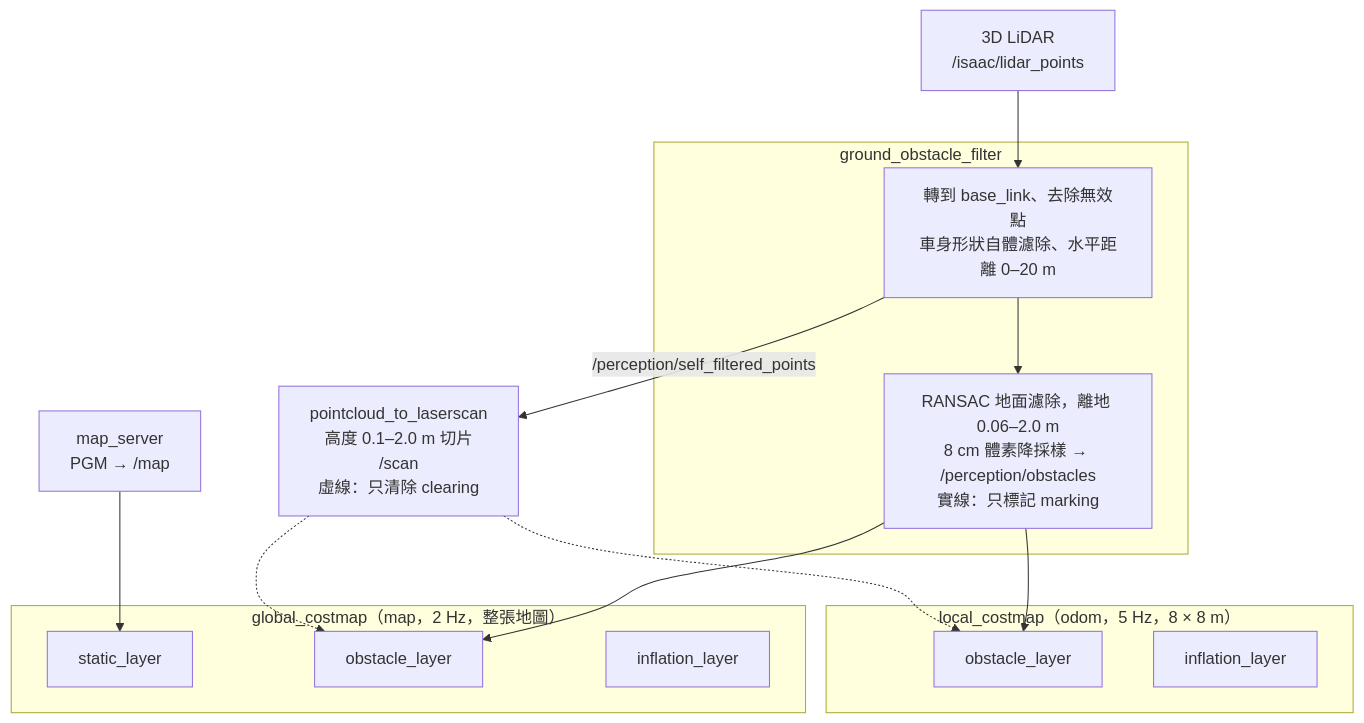
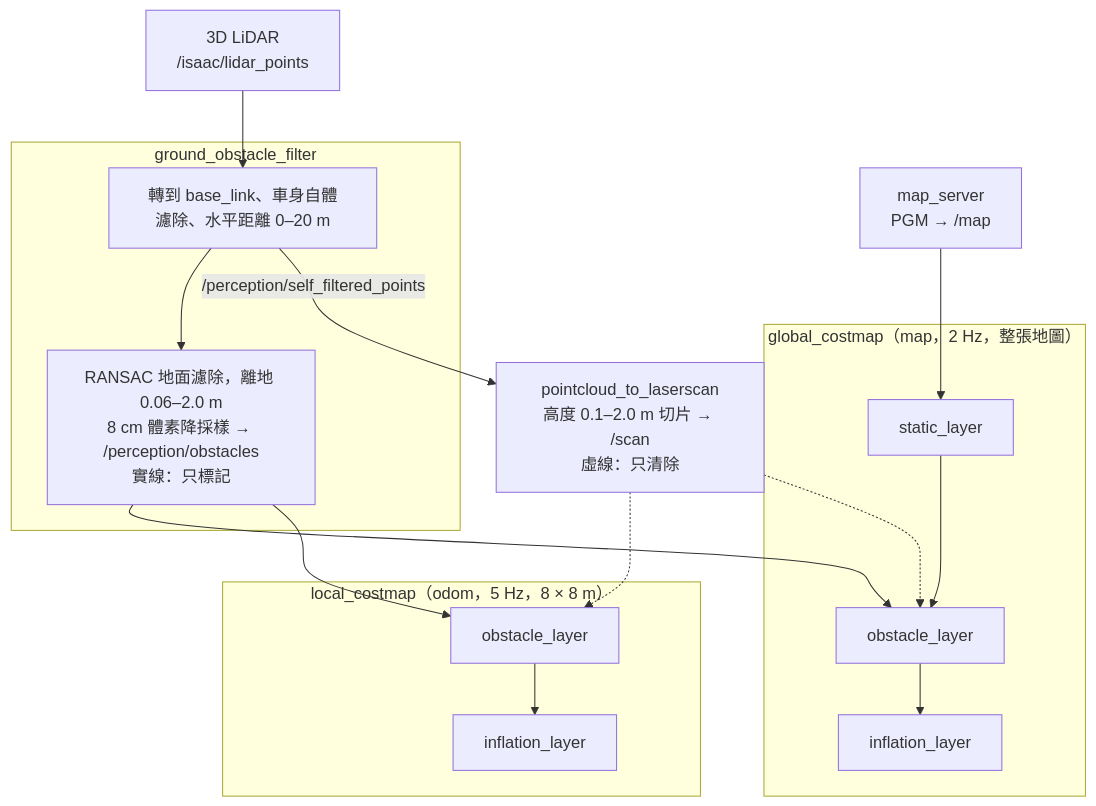
Before and after one commit to piggaycheng/isaacsim_fast-lio2-slam: the first of 2 diagrams in docs/nav.md, drawn with Mermaid. The commit also changed other lines of this file and 7 other files, not shown here.

````diff
--- a/docs/nav.md
+++ b/docs/nav.md
@@ -15,30 +23,25 @@
 ```mermaid
 flowchart TD
     Lidar["3D LiDAR<br/>/isaac/lidar_points"]
     MapServer["map_server<br/>PGM → /map"]
     subgraph Filter ["ground_obstacle_filter"]
-        SelfFilter["轉到 base_link、去除無效點<br/>車身形狀自體濾除、水平距離 0–20 m"]
-        GroundFilter["RANSAC 地面濾除，離地 0.06–2.0 m<br/>8 cm 體素降採樣 → /perception/obstacles<br/>實線：只標記 marking"]
+        SelfFilter["轉到 base_link、車身自體濾除、水平距離 0–20 m"]
+        GroundFilter["RANSAC 地面濾除，離地 0.06–2.0 m<br/>8 cm 體素降採樣 → /perception/obstacles<br/>實線：只標記"]
     end
-    ScanProj["pointcloud_to_laserscan<br/>高度 0.1–2.0 m 切片<br/>/scan<br/>虛線：只清除 clearing"]
+    ScanProj["pointcloud_to_laserscan<br/>高度 0.1–2.0 m 切片 → /scan<br/>虛線：只清除"]
 
     subgraph GlobalCostmap ["global_costmap（map，2 Hz，整張地圖）"]
-        GStatic["static_layer"]
-        GObstacle["obstacle_layer"]
-        GInflation["inflation_layer"]
+        GStatic["static_layer"] --> GObstacle["obstacle_layer"] --> GInflation["inflation_layer"]
+    end
+    subgraph LocalCostmap ["local_costmap（odom，5 Hz，8 × 8 m）"]
+        LObstacle["obstacle_layer"] --> LInflation["inflation_layer"]
     end
 
-    subgraph LocalCostmap ["local_costmap（odom，5 Hz，8 × 8 m）"]
-        LObstacle["obstacle_layer"]
-        LInflation["inflation_layer"]
-    end
-
-    Lidar --> SelfFilter
-    SelfFilter --> GroundFilter
+    Lidar --> SelfFilter --> GroundFilter
     SelfFilter -->|"/perception/self_filtered_points"| ScanProj
     MapServer --> GStatic
     GroundFilter --> GObstacle
     GroundFilter --> LObstacle
     ScanProj -.-> GObstacle
     ScanProj -.-> LObstacle
 ```
````
